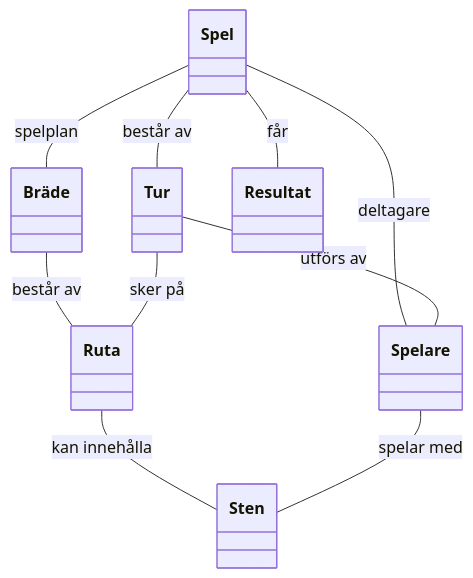
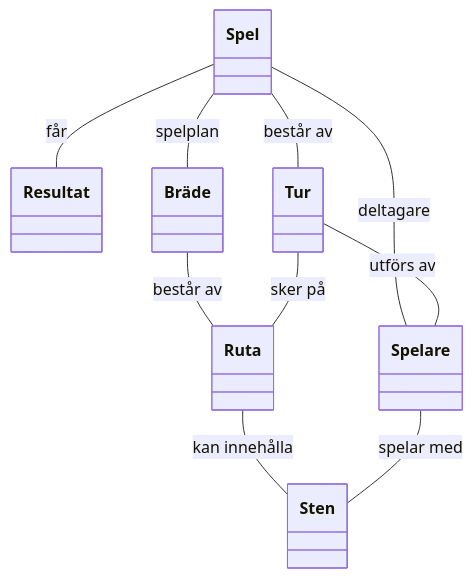
Before and after one commit to Jsambok11/gomoku-git: the diagram in aaa.md, drawn with Mermaid. The commit also changed other lines of this file, not shown here.

Commit message:
test of diagrams, v7.2.1, fixing order

````diff
--- a/aaa.md
+++ b/aaa.md
@@ -1,36 +1,36 @@
 ```mermaid
 classDiagram
     direction TB
 
     class Spel {
+    }
+
+    class Resultat {
     }
 
     class Spelare {
     }
 
     class Bräde {
     }
 
     class Ruta {
     }
 
     class Sten {
     }
 
     class Tur {
     }
 
-    class Resultat {
-    }
-
     %% Relationer
     Spel -- Resultat : får
     Spel -- Spelare : deltagare
     Spel -- Bräde : spelplan
     Spel -- Tur : består av
     Bräde -- Ruta : består av
     Ruta -- Sten : kan innehålla
     Tur -- Spelare : utförs av
     Tur -- Ruta : sker på
     Spelare -- Sten : spelar med
 ```
````
